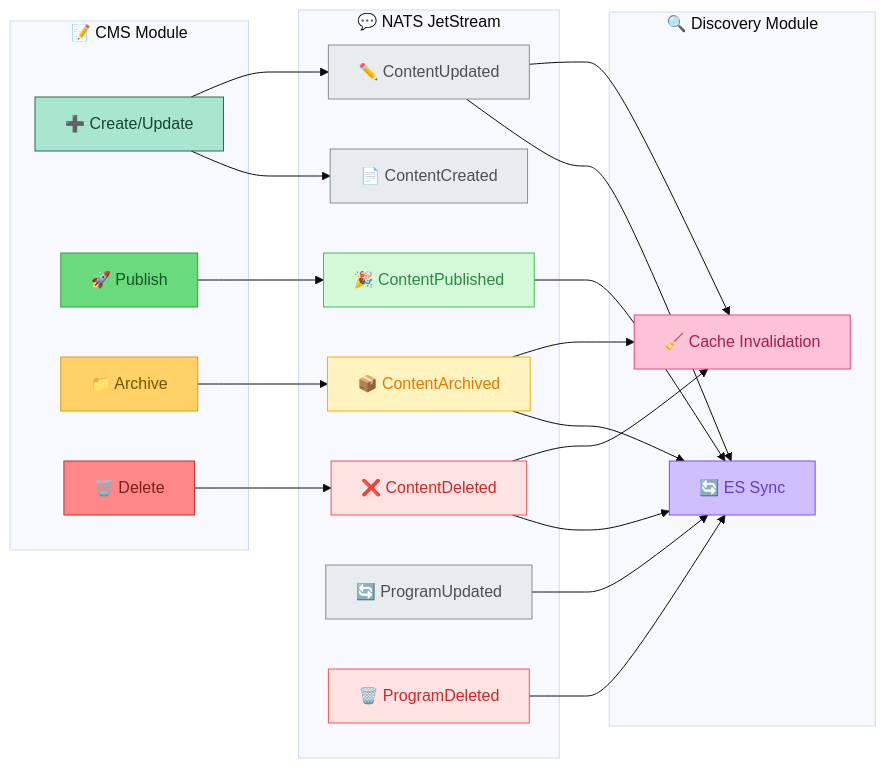
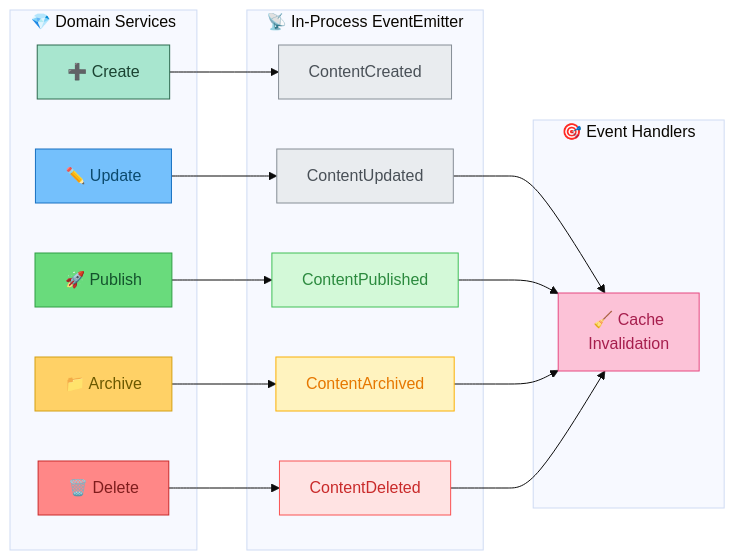
Before and after one commit to mmed199/thmanyah-cms: the fourth of 7 diagrams in docs/design.md, drawn with Mermaid (base theme). The commit also changed other lines of this file and 40 other files, not shown here.

````diff
--- a/docs/design.md
+++ b/docs/design.md
@@ -506,55 +858,45 @@
 ```mermaid
 flowchart LR
-    subgraph CMS["📝 CMS Module"]
-        Create["➕ Create/Update"]
+    subgraph Domain["💎 Domain Services"]
+        Create["➕ Create"]
+        Update["✏️ Update"]
         Publish["🚀 Publish"]
         Archive["📁 Archive"]
         Delete["🗑️ Delete"]
     end
-    
-    subgraph Events["💬 NATS JetStream"]
-        E1["📄 ContentCreated"]
-        E2["✏️ ContentUpdated"]
-        E3["🎉 ContentPublished"]
-        E4["📦 ContentArchived"]
-        E5["❌ ContentDeleted"]
-        E6["🔄 ProgramUpdated"]
-        E7["🗑️ ProgramDeleted"]
+
+    subgraph EventBus["📡 In-Process EventEmitter"]
+        E1["ContentCreated"]
+        E2["ContentUpdated"]
+        E3["ContentPublished"]
+        E4["ContentArchived"]
+        E5["ContentDeleted"]
     end
-    
-    subgraph Discovery["🔍 Discovery Module"]
-        Sync["🔄 ES Sync"]
-        Cache["🧹 Cache Invalidation"]
+
+    subgraph Handlers["🎯 Event Handlers"]
+        Cache["🧹 Cache<br>Invalidation"]
     end
-    
+
     Create --> E1
-    Create --> E2
+    Update --> E2
     Publish --> E3
     Archive --> E4
     Delete --> E5
-    
-    E3 --> Sync
-    E2 --> Sync
-    E4 --> Sync
-    E5 --> Sync
-    E6 --> Sync
-    E7 --> Sync
-    
+
     E2 --> Cache
+    E3 --> Cache
     E4 --> Cache
     E5 --> Cache
 
     style Create fill:#a8e6cf,stroke:#2d6a4f,color:#1b4332
+    style Update fill:#74c0fc,stroke:#1971c2,color:#0c4a6e
     style Publish fill:#69db7c,stroke:#2f9e44,color:#14532d
     style Archive fill:#ffd166,stroke:#d4a012,color:#6b5900
     style Delete fill:#ff8787,stroke:#c92a2a,color:#7f1d1d
     style E1 fill:#e9ecef,stroke:#868e96,color:#495057
     style E2 fill:#e9ecef,stroke:#868e96,color:#495057
     style E3 fill:#d3f9d8,stroke:#40c057,color:#2b8a3e
     style E4 fill:#fff3bf,stroke:#fab005,color:#e67700
     style E5 fill:#ffe3e3,stroke:#fa5252,color:#c92a2a
-    style E6 fill:#e9ecef,stroke:#868e96,color:#495057
-    style E7 fill:#ffe3e3,stroke:#fa5252,color:#c92a2a
-    style Sync fill:#d0bfff,stroke:#7950f2,color:#5f3dc4
     style Cache fill:#fcc2d7,stroke:#e64980,color:#a61e4d
 ```
````
